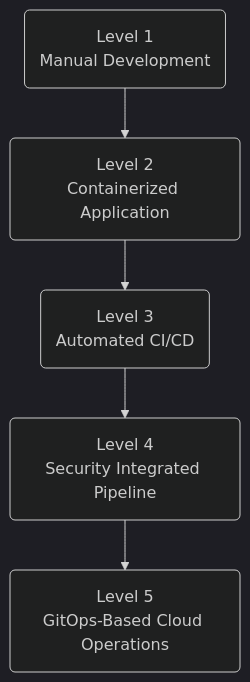
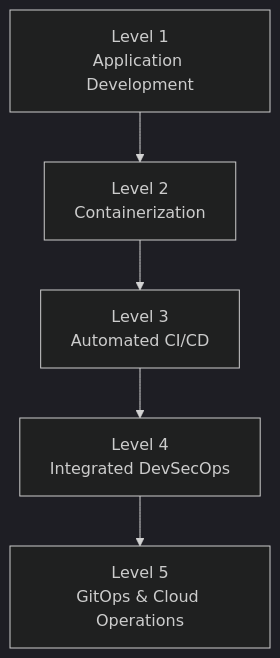
One commit to bymalathi/flavorforge-azure-devsecops-capstone changed diagram 18 of 29 in README.md. Above: the diagram before and after it, drawn with Mermaid (dark theme). The commit also changed other lines of this file, not shown here.

````diff
--- a/README.md
+++ b/README.md
@@ -867,13 +1046,13 @@
 ```mermaid
 flowchart TD
-    A("Level 1<br/>Manual Development")
-    B("Level 2<br/>Containerized Application")
-    C("Level 3<br/>Automated CI/CD")
-    D("Level 4<br/>Security Integrated Pipeline")
-    E("Level 5<br/>GitOps-Based Cloud Operations")
+    A["Level 1<br/>Application Development"]
+    B["Level 2<br/>Containerization"]
+    C["Level 3<br/>Automated CI/CD"]
+    D["Level 4<br/>Integrated DevSecOps"]
+    E["Level 5<br/>GitOps & Cloud Operations"]
 
     A --> B
     B --> C
     C --> D
     D --> E
 ```
````
